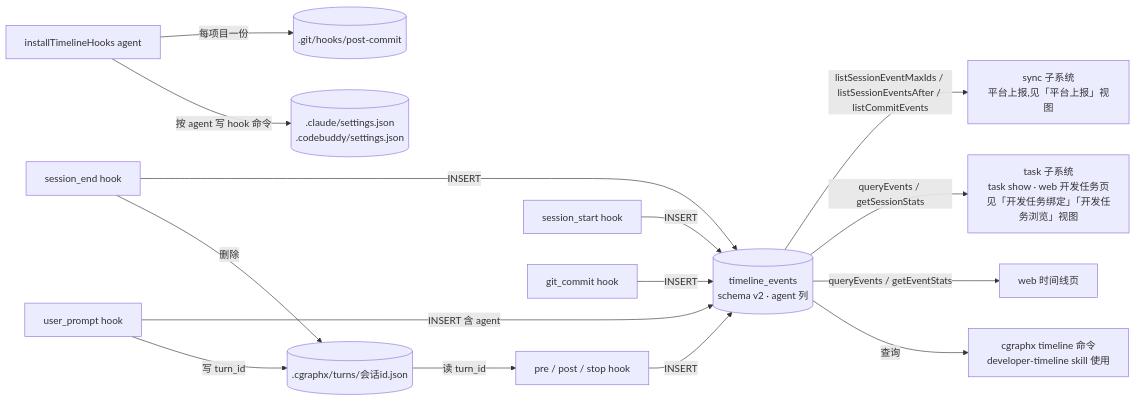
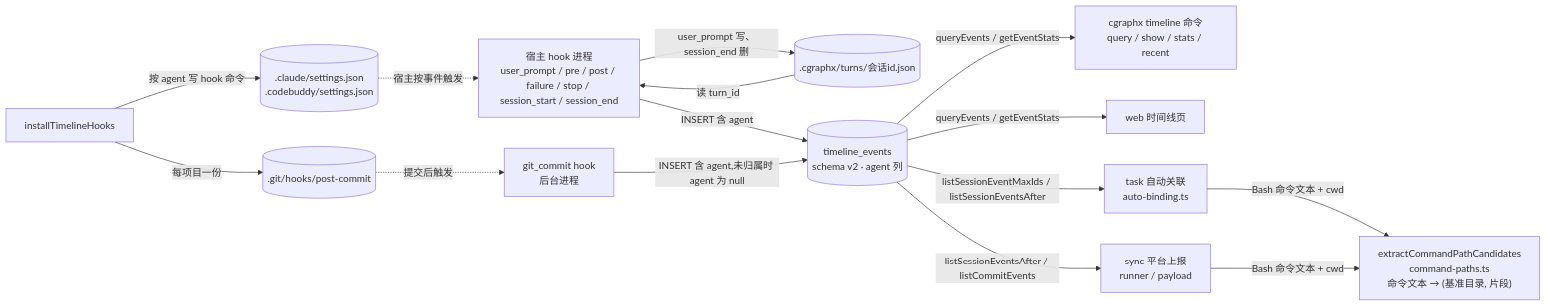
The fourth of 4 diagrams in docs/code-map/flows/开发时间线记录.md (smdnkB/cgraphx), drawn with Mermaid before and after one commit. The commit also changed other lines of this file and 8 other files, not shown here.

First line of the commit message:
docs: 更新任务知识库与代码地图——任务自动关联落地后的现状

````diff
--- a/docs/code-map/flows/开发时间线记录.md
+++ b/docs/code-map/flows/开发时间线记录.md
@@ -123,17 +177,30 @@
 ```mermaid
 flowchart LR
-  up[user_prompt hook] -- 写 turn_id --> tf[(.cgraphx/turns/会话id.json)]
-  tf -- 读 turn_id --> rest[pre / post / stop hook]
-  se[session_end hook] -- 删除 --> tf
-  up -- INSERT 含 agent --> ev[(timeline_events<br/>schema v2 · agent 列)]
-  rest -- INSERT --> ev
-  ss[session_start hook] -- INSERT --> ev
-  se -- INSERT --> ev
-  git[git_commit hook] -- INSERT --> ev
-  ev -- 查询 --> cli[cgraphx timeline 命令<br/>developer-timeline skill 使用]
-  ev -- queryEvents / getEventStats --> web[web 时间线页]
-  ev -- queryEvents / getSessionStats --> task[task 子系统<br/>task show · web 开发任务页<br/>见「开发任务绑定」「开发任务浏览」视图]
-  ev -- listSessionEventMaxIds / listSessionEventsAfter / listCommitEvents --> sync[sync 子系统<br/>平台上报,见「平台上报」视图]
-  inst[installTimelineHooks agent] -- 按 agent 写 hook 命令 --> settings[(.claude/settings.json<br/>.codebuddy/settings.json)]
-  inst -- 每项目一份 --> pc[(.git/hooks/post-commit)]
+  hooks["宿主 hook 进程<br/>user_prompt / pre / post / failure / stop / session_start / session_end"]
+  git["git_commit hook<br/>后台进程"]
+  tf[(".cgraphx/turns/会话id.json")]
+  ev[("timeline_events<br/>schema v2 · agent 列")]
+  cli["cgraphx timeline 命令<br/>query / show / stats / recent"]
+  web["web 时间线页"]
+  task["task 自动关联<br/>auto-binding.ts"]
+  sync["sync 平台上报<br/>runner / payload"]
+  paths["extractCommandPathCandidates<br/>command-paths.ts<br/>命令文本 → (基准目录, 片段)"]
+  inst["installTimelineHooks"]
+  settings[(".claude/settings.json<br/>.codebuddy/settings.json")]
+  pc[(".git/hooks/post-commit")]
+
+  hooks -- user_prompt 写、session_end 删 --> tf
+  tf -- 读 turn_id --> hooks
+  hooks -- INSERT 含 agent --> ev
+  git -- INSERT 含 agent,未归属时 agent 为 null --> ev
+  ev -- queryEvents / getEventStats --> cli
+  ev -- queryEvents / getEventStats --> web
+  ev -- listSessionEventMaxIds / listSessionEventsAfter --> task
+  ev -- listSessionEventsAfter / listCommitEvents --> sync
+  task -- Bash 命令文本 + cwd --> paths
+  sync -- Bash 命令文本 + cwd --> paths
+  inst -- 按 agent 写 hook 命令 --> settings
+  inst -- 每项目一份 --> pc
+  settings -. 宿主按事件触发 .-> hooks
+  pc -. 提交后触发 .-> git
 ```
````
